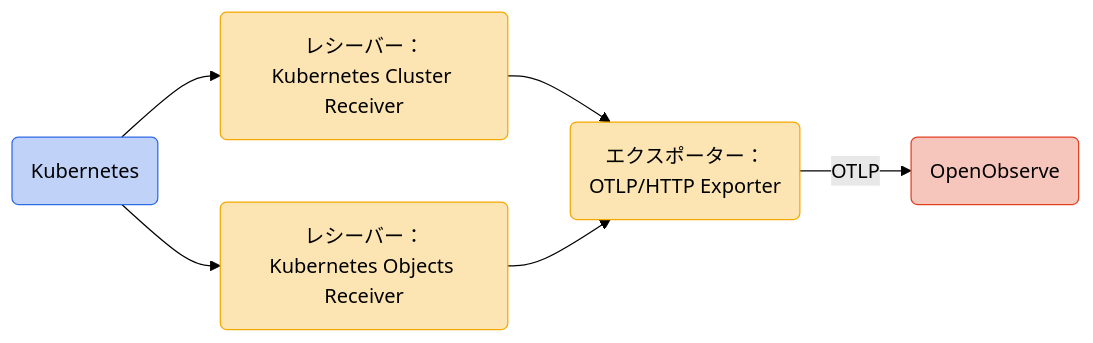
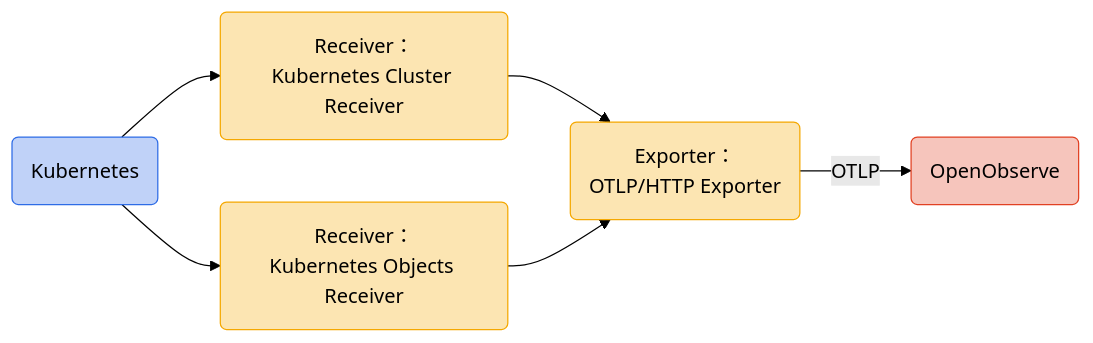
The diagram in articles/opentelemetry-and-openobserve-on-k8s.md (keisukesakasai/zenn-content), drawn with Mermaid (forest theme) before and after one commit. The commit also changed other lines of this file, not shown here.

````diff
--- a/articles/opentelemetry-and-openobserve-on-k8s.md
+++ b/articles/opentelemetry-and-openobserve-on-k8s.md
@@ -35,11 +35,11 @@
 ```mermaid
 graph LR
     classDef class1 fill:#2E6CE6,fill-opacity:0.3,stroke:#2E6CE6
     classDef class2 fill:#F5A800,fill-opacity:0.3,stroke:#F5A800
     classDef class3 fill:#E14123,fill-opacity:0.3,stroke:#E14123
     A(Kubernetes):::class1
-    A --> B(レシーバー：\nKubernetes Cluster Receiver):::class2 --> D
-    A --> C(レシーバー：\nKubernetes Objects Receiver):::class2 --> D
-    D(エクスポーター：\nOTLP/HTTP Exporter):::class2 --> |OTLP|E
+    A --> B(Receiver：\nKubernetes Cluster Receiver):::class2 --> D
+    A --> C(Receiver：\nKubernetes Objects Receiver):::class2 --> D
+    D(Exporter：\nOTLP/HTTP Exporter):::class2 --> |OTLP|E
     E(OpenObserve):::class3
 ```
````
